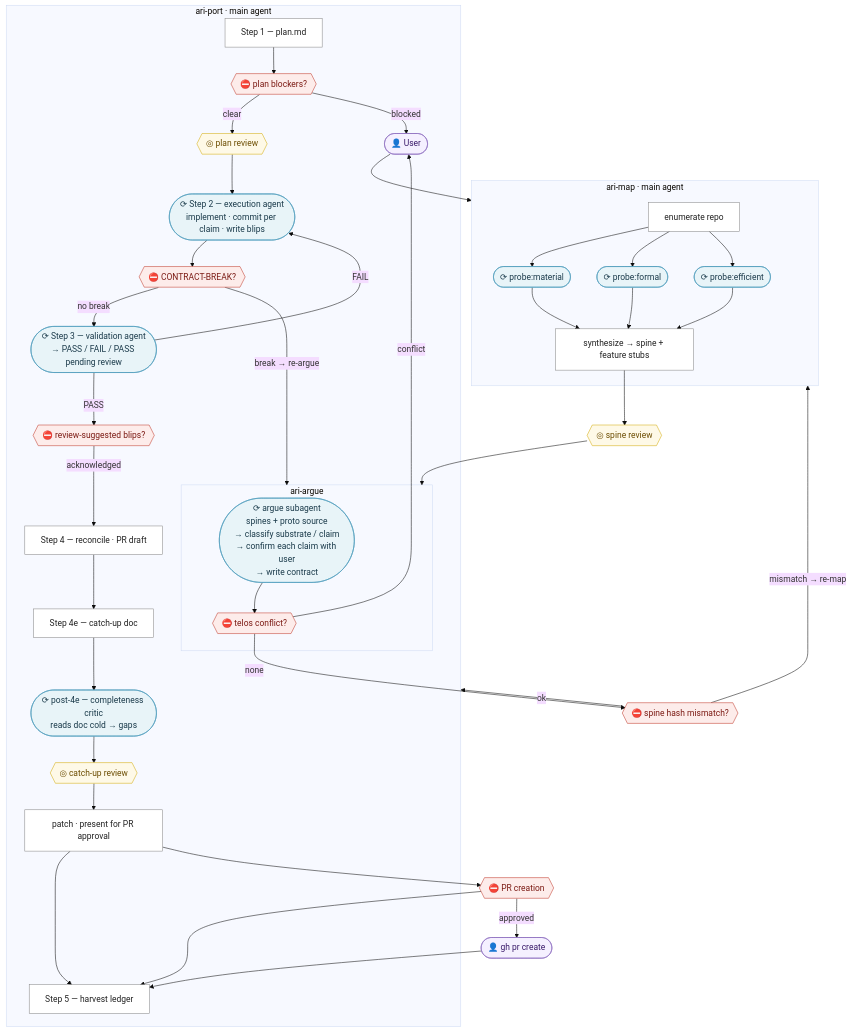
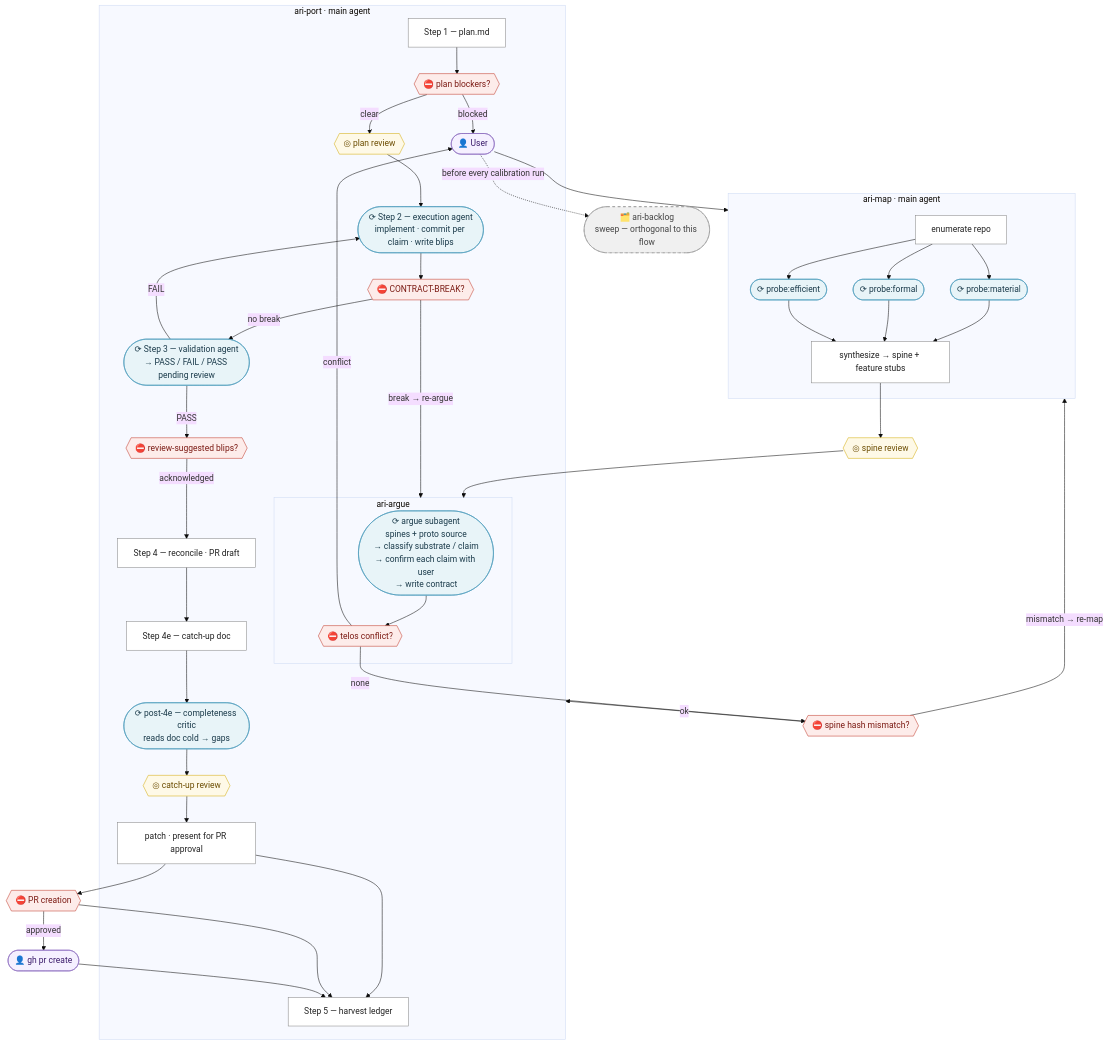
One commit to wmorgus/anima-lite changed the diagram in README.md. Above: the diagram before and after it, drawn with Mermaid (base theme). The commit also changed other lines of this file and 6 other files, not shown here.

````diff
--- a/README.md
+++ b/README.md
@@ -49,72 +58,75 @@
 ```mermaid
 flowchart TD
     USER(["👤 User"]) --> ARIMAP
+    USER -.->|"before every calibration run"| BACKLOG(["🗂️ ari-backlog\nsweep — orthogonal to this flow"])
 
     subgraph ARIMAP["ari-map  ·  main agent"]
         AM1["enumerate repo"]
         AM2(["⟳ probe:material"])
         AM3(["⟳ probe:formal"])
         AM4(["⟳ probe:efficient"])
         AM5["synthesize → spine + feature stubs"]
         AM1 --> AM2 & AM3 & AM4 --> AM5
     end
 
     AM5 --> OPT1{{"◎ spine review"}}
     OPT1 --> ARIARGUE
 
     subgraph ARIARGUE["ari-argue"]
         AA(["⟳ argue subagent\nspines + proto source\n→ classify substrate / claim\n→ confirm each claim with user\n→ write contract"])
         TELOS{{"⛔ telos conflict?"}}
         AA --> TELOS
     end
 
     TELOS -- none --> HASHCHECK
     TELOS -- conflict --> USER
 
     HASHCHECK{{"⛔ spine hash mismatch?"}}
     HASHCHECK -- ok --> ARIPORT
     HASHCHECK -- mismatch → re-map --> ARIMAP
 
     subgraph ARIPORT["ari-port  ·  main agent"]
         AP1["Step 1 — plan.md"]
         BLOCKER{{"⛔ plan blockers?"}}
         OPT2{{"◎ plan review"}}
         AP2(["⟳ Step 2 — execution agent\nimplement · commit per claim · write blips"])
         BREAK{{"⛔ CONTRACT-BREAK?"}}
         AP3(["⟳ Step 3 — validation agent\n→ PASS / FAIL / PASS pending review"])
         BLIPS{{"⛔ review-suggested blips?"}}
         AP4["Step 4 — reconcile · PR draft"]
         AP5["Step 4e — catch-up doc"]
         AP6(["⟳ post-4e — completeness critic\nreads doc cold → gaps"])
         OPT3{{"◎ catch-up review"}}
         AP7["patch · present for PR approval"]
         AP8["Step 5 — harvest ledger"]
 
         AP1 --> BLOCKER
         BLOCKER -- clear --> OPT2 --> AP2
         BLOCKER -- blocked --> USER
         AP2 --> BREAK
         BREAK -- no break --> AP3
         BREAK -- break → re-argue --> ARIARGUE
         AP3 -- FAIL --> AP2
         AP3 -- PASS --> BLIPS
         BLIPS -- acknowledged --> AP4
         AP4 --> AP5 --> AP6 --> OPT3 --> AP7 --> AP8
     end
 
     AP7 --> PRGATE{{"⛔ PR creation"}}
     PRGATE -- approved --> GH(["👤 gh pr create"])
     PRGATE & GH --> AP8
 
     classDef sub   fill:#e8f4f8,stroke:#4a9aba,color:#1a3a4a
     classDef main  fill:#fff,stroke:#888,color:#222
     classDef user  fill:#f5f0ff,stroke:#8b6bbf,color:#3a1a6a
     classDef req   fill:#fdecea,stroke:#c0392b,color:#7b1a13
     classDef opt   fill:#fef9e7,stroke:#d4ac0d,color:#6b4c00
+    classDef orth  fill:#f0f0f0,stroke:#999,color:#444,stroke-dasharray: 5 5
 
     class AM2,AM3,AM4,AA,AP2,AP3,AP6 sub
     class AM1,AM5,AP1,AP4,AP5,AP7,AP8 main
     class USER,GH user
     class TELOS,HASHCHECK,BLOCKER,BREAK,BLIPS,PRGATE req
     class OPT1,OPT2,OPT3 opt
+    class BACKLOG orth
 ```
````
